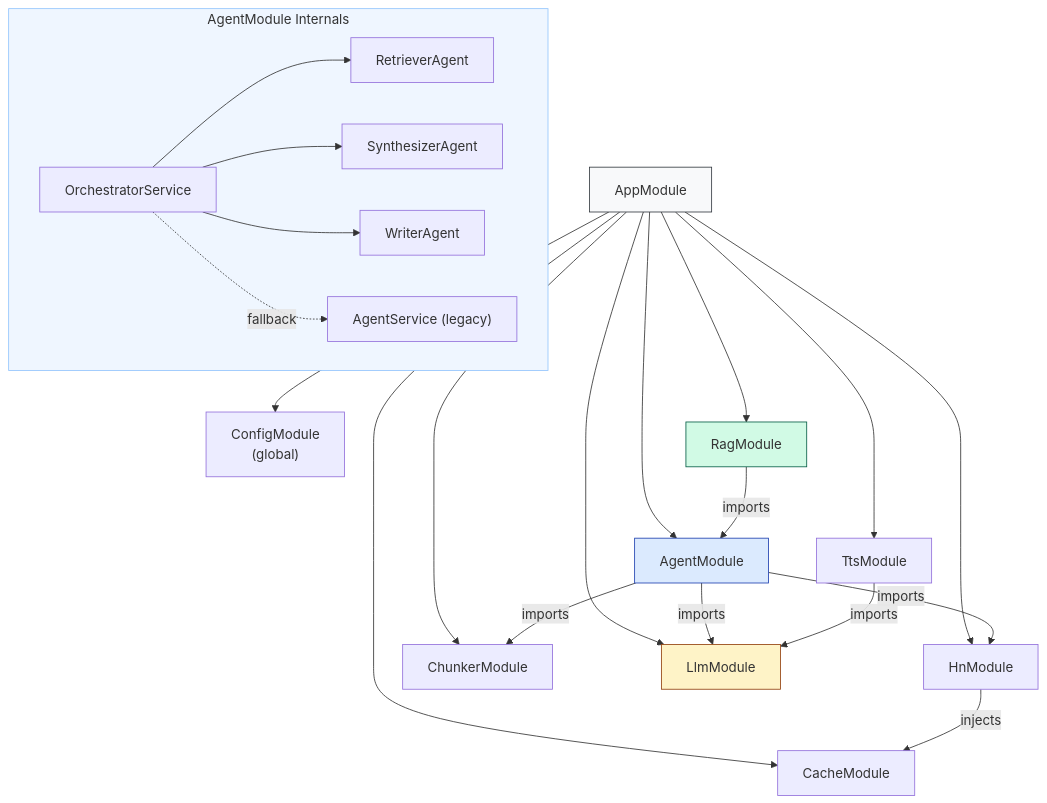
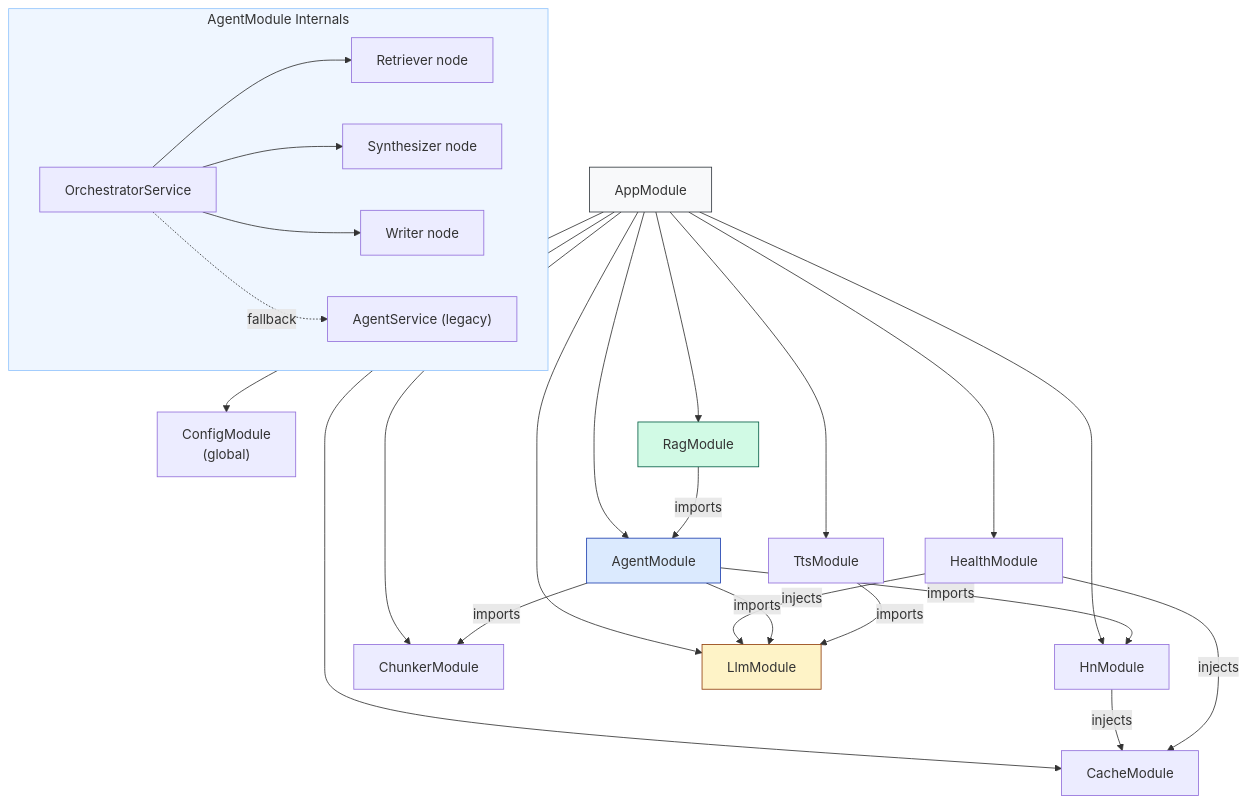
The second of 3 diagrams in docs/architecture.md (darth-dodo/voxpopuli), drawn with Mermaid before and after one commit. The commit also changed other lines of this file and 10 other files, not shown here.

````diff
--- a/docs/architecture.md
+++ b/docs/architecture.md
@@ -127,36 +132,39 @@
 ```mermaid
 graph TD
     APP["AppModule"] --> CONFIG["ConfigModule<br/>(global)"]
     APP --> CACHE_M["CacheModule"]
+    APP --> HEALTH_M["HealthModule"]
     APP --> HN_M["HnModule"]
     APP --> CHUNK_M["ChunkerModule"]
     APP --> LLM_M["LlmModule"]
     APP --> TTS_M["TtsModule"]
     APP --> AGENT_M["AgentModule"]
     APP --> RAG_M["RagModule"]
 
     HN_M -->|injects| CACHE_M
+    HEALTH_M -->|injects| CACHE_M
+    HEALTH_M -->|injects| LLM_M
     AGENT_M -->|imports| HN_M
     AGENT_M -->|imports| CHUNK_M
     AGENT_M -->|imports| LLM_M
     TTS_M -->|imports| LLM_M
     RAG_M -->|imports| AGENT_M
 
     subgraph AGENT_M_INTERNAL ["AgentModule Internals"]
         ORCH_S["OrchestratorService"]
-        RET_A["RetrieverAgent"]
-        SYN_A["SynthesizerAgent"]
-        WRT_A["WriterAgent"]
+        RET_A["Retriever node"]
+        SYN_A["Synthesizer node"]
+        WRT_A["Writer node"]
         LEGACY["AgentService (legacy)"]
         ORCH_S --> RET_A
         ORCH_S --> SYN_A
         ORCH_S --> WRT_A
         ORCH_S -.->|fallback| LEGACY
     end
 
     style APP fill:#f8f9fa,stroke:#343a40
     style AGENT_M fill:#dbeafe,stroke:#1e40af
     style LLM_M fill:#fef3c7,stroke:#92400e
     style RAG_M fill:#d1fae5,stroke:#065f46
     style AGENT_M_INTERNAL fill:#eff6ff,stroke:#93c5fd
 ```
````
